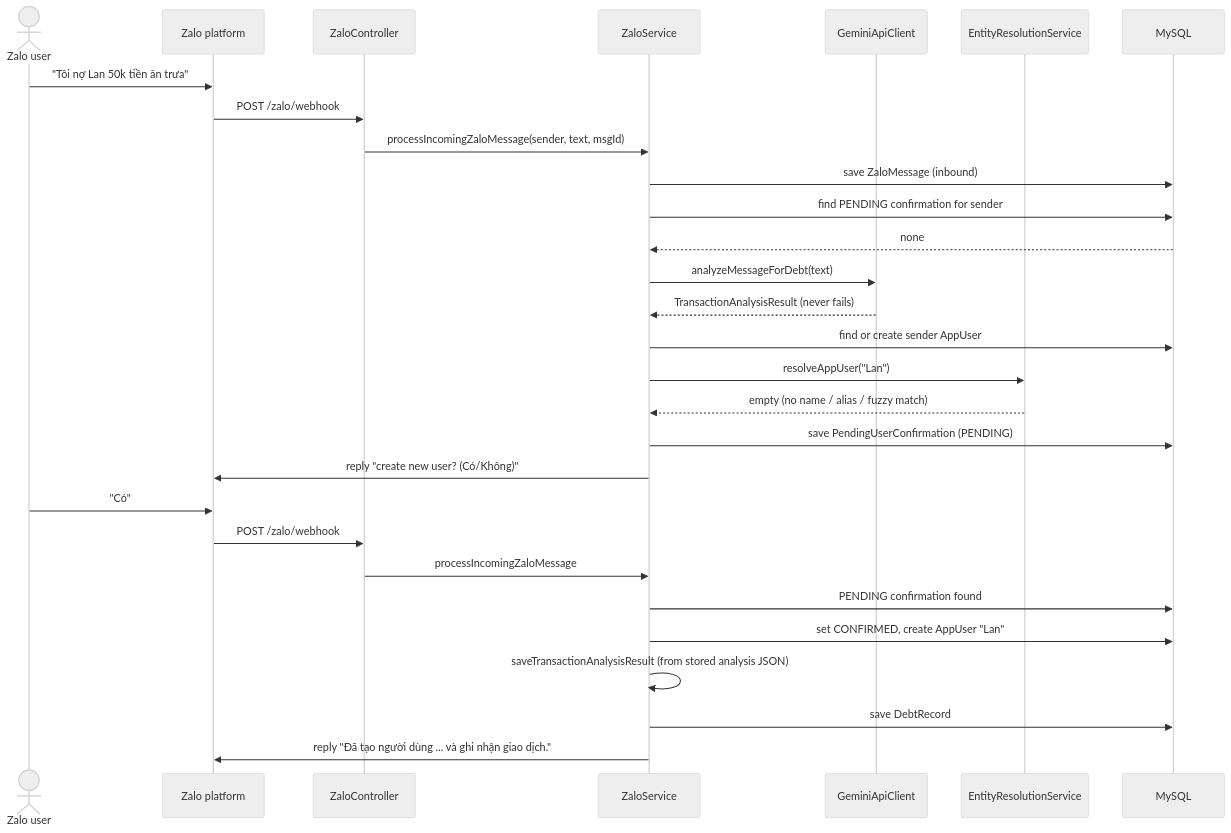
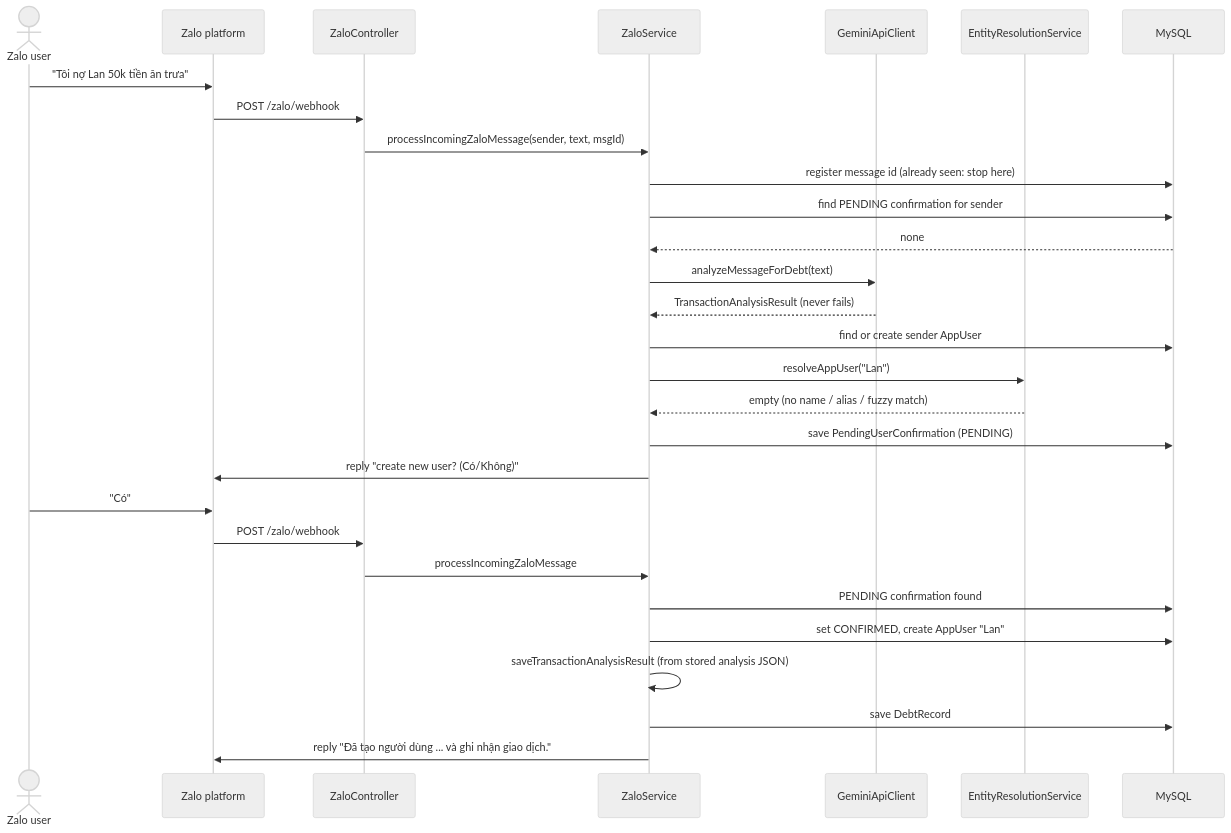
One commit to baoloc1993/zalo-debt-bot changed the second of 3 diagrams in README.md. Above: the diagram before and after it, drawn with Mermaid (neutral theme). The commit also changed other lines of this file, not shown here.

Commit message:
Document message deduplication and update limitations

````diff
--- a/README.md
+++ b/README.md
@@ -91,32 +91,32 @@
 ```mermaid
 sequenceDiagram
     actor U as Zalo user
     participant Z as Zalo platform
     participant C as ZaloController
     participant S as ZaloService
     participant G as GeminiApiClient
     participant R as EntityResolutionService
     participant DB as MySQL
 
     U->>Z: "Tôi nợ Lan 50k tiền ăn trưa"
     Z->>C: POST /zalo/webhook
     C->>S: processIncomingZaloMessage(sender, text, msgId)
-    S->>DB: save ZaloMessage (inbound)
+    S->>DB: register message id (already seen: stop here)
     S->>DB: find PENDING confirmation for sender
     DB-->>S: none
     S->>G: analyzeMessageForDebt(text)
     G-->>S: TransactionAnalysisResult (never fails)
     S->>DB: find or create sender AppUser
     S->>R: resolveAppUser("Lan")
     R-->>S: empty (no name / alias / fuzzy match)
     S->>DB: save PendingUserConfirmation (PENDING)
     S->>Z: reply "create new user? (Có/Không)"
     U->>Z: "Có"
     Z->>C: POST /zalo/webhook
     C->>S: processIncomingZaloMessage
     S->>DB: PENDING confirmation found
     S->>DB: set CONFIRMED, create AppUser "Lan"
     S->>S: saveTransactionAnalysisResult (from stored analysis JSON)
     S->>DB: save DebtRecord
     S->>Z: reply "Đã tạo người dùng ... và ghi nhận giao dịch."
 ```
````
